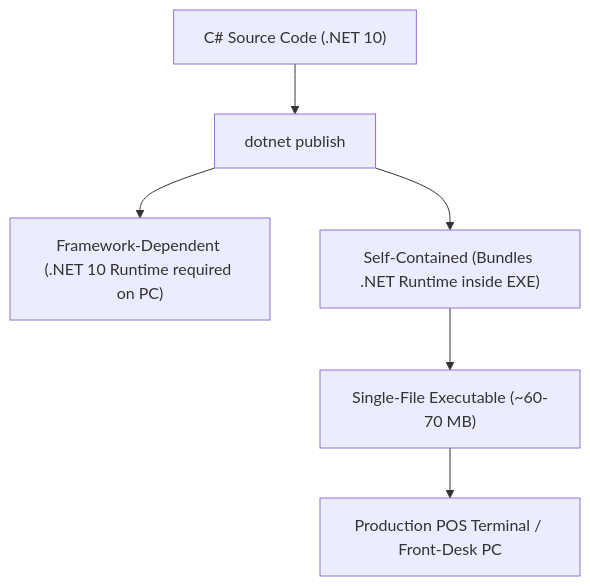
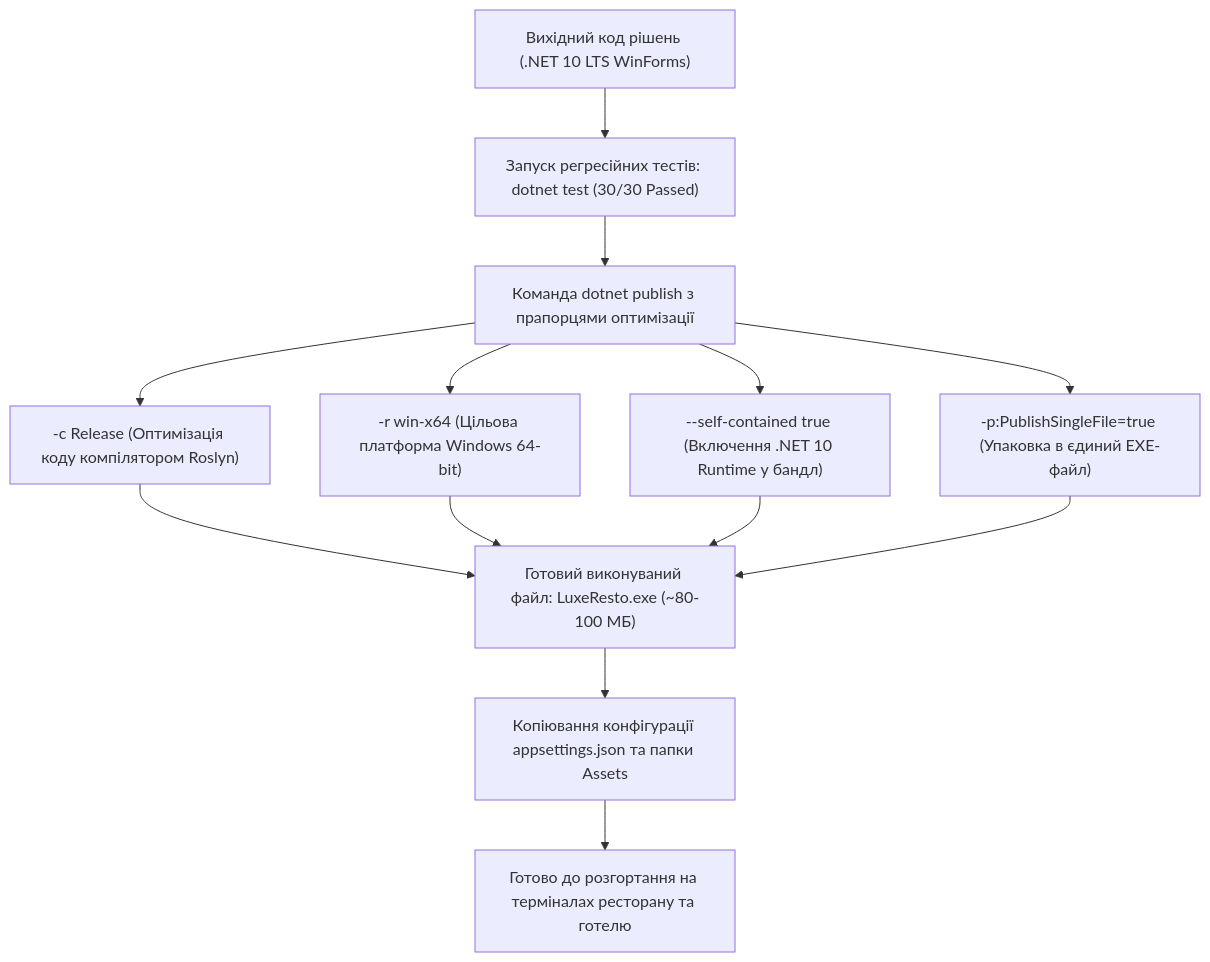
Before and after one commit to MrTomkaYurii/WinForms-HoReCa-Mastery: the diagram in Docs/Lessons/20-production-deployment-and-packaging.md, drawn with Mermaid. The commit also changed other lines of this file and 9 other files, not shown here.

````diff
--- a/Docs/Lessons/20-production-deployment-and-packaging.md
+++ b/Docs/Lessons/20-production-deployment-and-packaging.md
@@ -11,8 +14,14 @@
 ```mermaid
-graph TD
-    Source["C# Source Code (.NET 10)"] --> CLI["dotnet publish"]
-    CLI --> FrameworkDep["Framework-Dependent (.NET 10 Runtime required on PC)"]
-    CLI --> SelfContained["Self-Contained (Bundles .NET Runtime inside EXE)"]
-    SelfContained --> SingleFile["Single-File Executable (~60-70 MB)"]
-    SingleFile --> Target["Production POS Terminal / Front-Desk PC"]
+flowchart TD
+    DevCode["Вихідний код рішень (.NET 10 LTS WinForms)"] --> Tests["Запуск регресійних тестів: dotnet test (30/30 Passed)"]
+    Tests --> PublishCmd["Команда dotnet publish з прапорцями оптимізації"]
+    
+    PublishCmd --> Flag1["-c Release (Оптимізація коду компілятором Roslyn)"]
+    PublishCmd --> Flag2["-r win-x64 (Цільова платформа Windows 64-bit)"]
+    PublishCmd --> Flag3["--self-contained true (Включення .NET 10 Runtime у бандл)"]
+    PublishCmd --> Flag4["-p:PublishSingleFile=true (Упаковка в єдиний EXE-файл)"]
+    
+    Flag1 & Flag2 & Flag3 & Flag4 --> OutputExe["Готовий виконуваний файл: LuxeResto.exe (~80-100 МБ)"]
+    OutputExe --> CopyAssets["Копіювання конфігурації appsettings.json та папки Assets"]
+    CopyAssets --> ReadyDeploy["Готово до розгортання на терміналах ресторану та готелю"]
 ```
````
